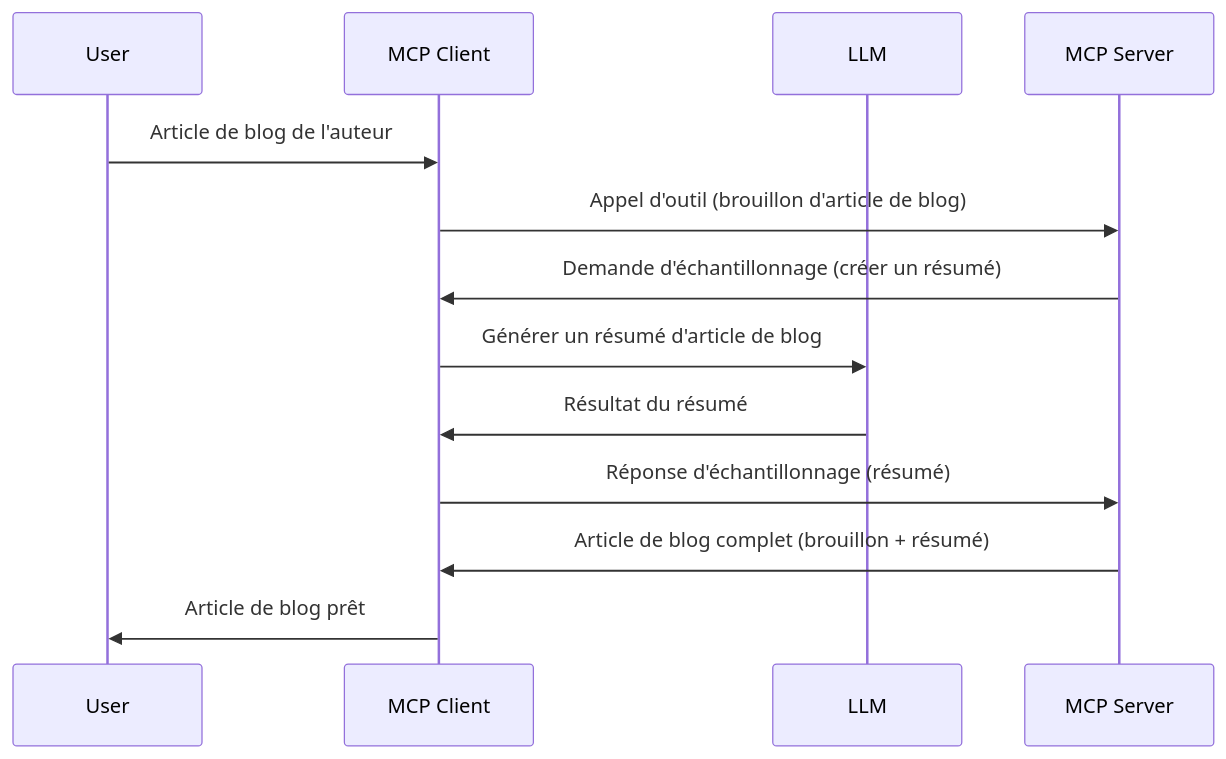
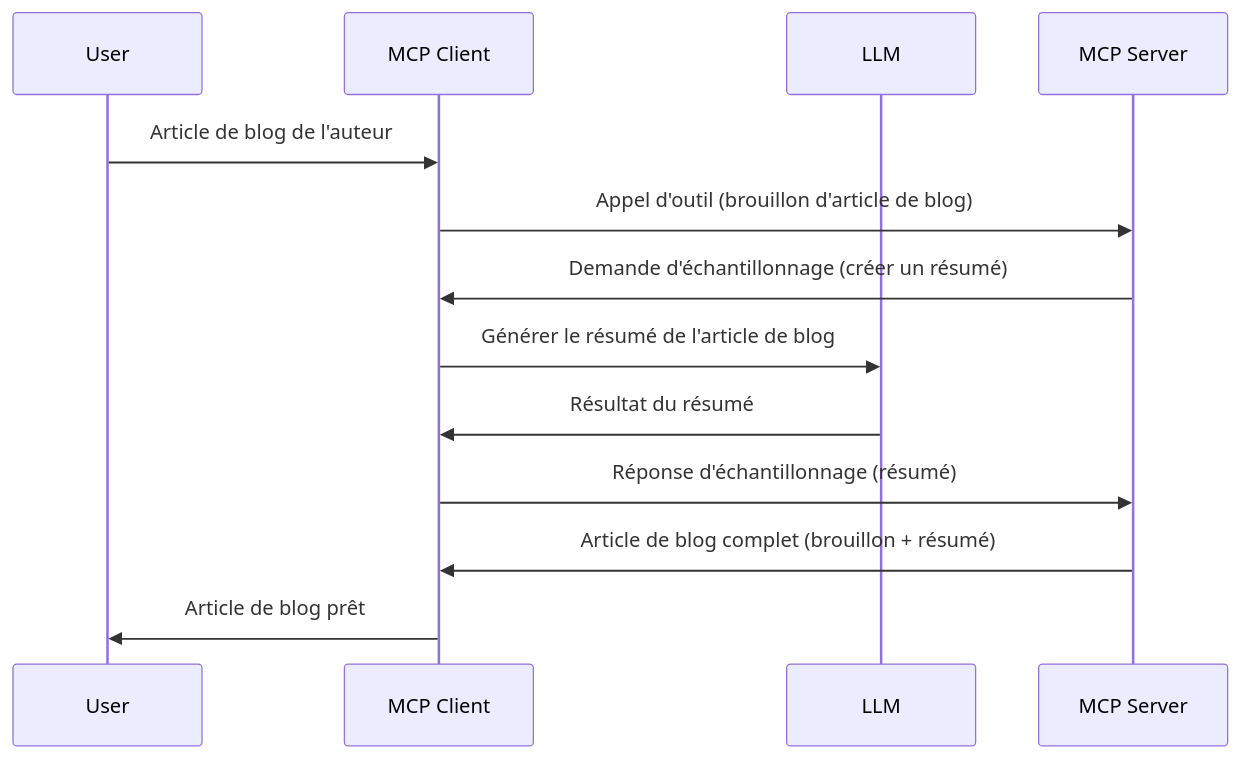
Before and after one commit to HIDORAKAI002/ai-workspace-archive: the diagram in mcp_ecosystem__model_context_protocol/mcp_learning_resources/mcp-for-beginners/translations/fr/03-GettingStarted/14-sampling/README.md, drawn with Mermaid. The commit also changed other lines of this file and 4877 other files, not shown here.

````diff
--- a/mcp_ecosystem__model_context_protocol/mcp_learning_resources/mcp-for-beginners/translations/fr/03-GettingStarted/14-sampling/README.md
+++ b/mcp_ecosystem__model_context_protocol/mcp_learning_resources/mcp-for-beginners/translations/fr/03-GettingStarted/14-sampling/README.md
@@ -25,16 +27,16 @@
 ```mermaid
 sequenceDiagram
     participant User
     participant MCP Client
     participant LLM
     participant MCP Server
 
     User->>MCP Client: Article de blog de l'auteur
     MCP Client->>MCP Server: Appel d'outil (brouillon d'article de blog)
     MCP Server->>MCP Client: Demande d'échantillonnage (créer un résumé)
-    MCP Client->>LLM: Générer un résumé d'article de blog
+    MCP Client->>LLM: Générer le résumé de l'article de blog
     LLM->>MCP Client: Résultat du résumé
     MCP Client->>MCP Server: Réponse d'échantillonnage (résumé)
     MCP Server->>MCP Client: Article de blog complet (brouillon + résumé)
     MCP Client->>User: Article de blog prêt
 ```
````
